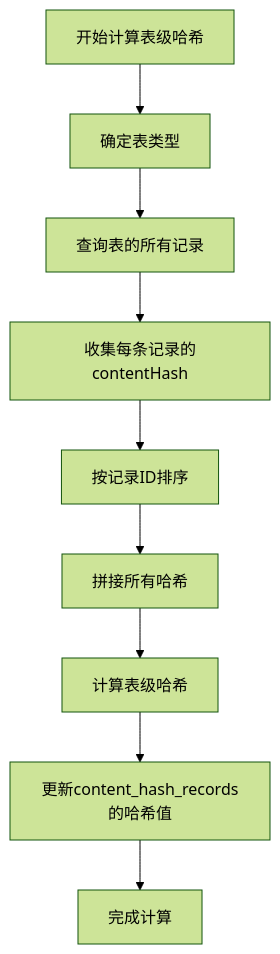
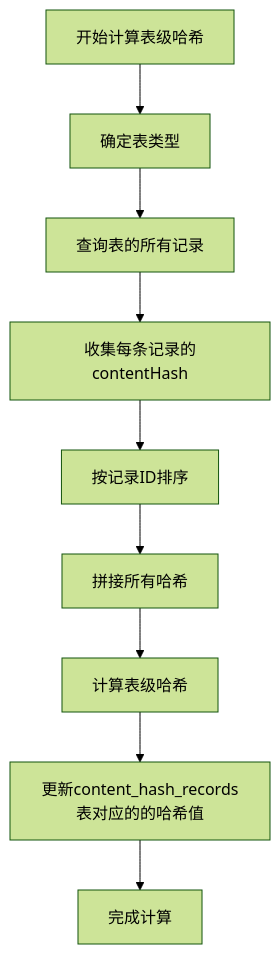
The diagram in all/未命名-42.md (yingjianzh/iodraw-files), drawn with Mermaid (forest theme) before and after one commit.

Commit message:
2025-04-24 15:25:51 update

````diff
--- a/all/未命名-42.md
+++ b/all/未命名-42.md
@@ -1,13 +1,13 @@
 ```mermaid
 flowchart TD
     Start[开始计算表级哈希] --> GetTableType[确定表类型]
     GetTableType --> QueryRecords[查询表的所有记录]
     QueryRecords --> CollectHashes[收集每条记录的contentHash]
     
     CollectHashes --> SortByIds[按记录ID排序]
     SortByIds --> ConcatHashes[拼接所有哈希]
     ConcatHashes --> ComputeTableHash[计算表级哈希]
     
-    ComputeTableHash --> UpdateStateTable[更新content_hash_records的哈希值]
+    ComputeTableHash --> UpdateStateTable[更新content_hash_records表对应的的哈希值]
     UpdateStateTable --> End[完成计算]
 ```
````
